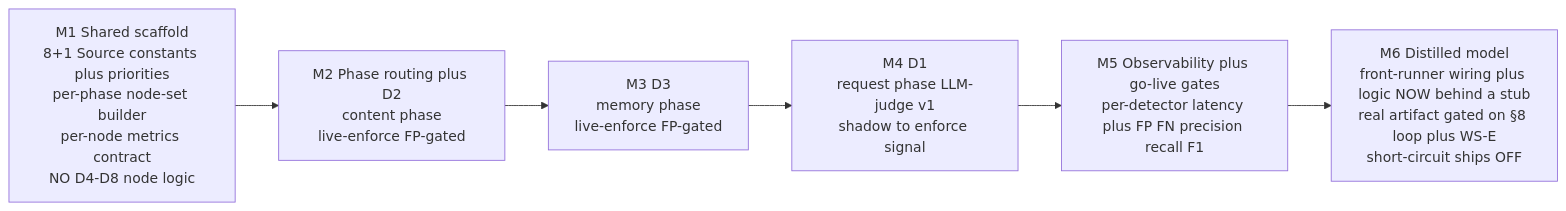
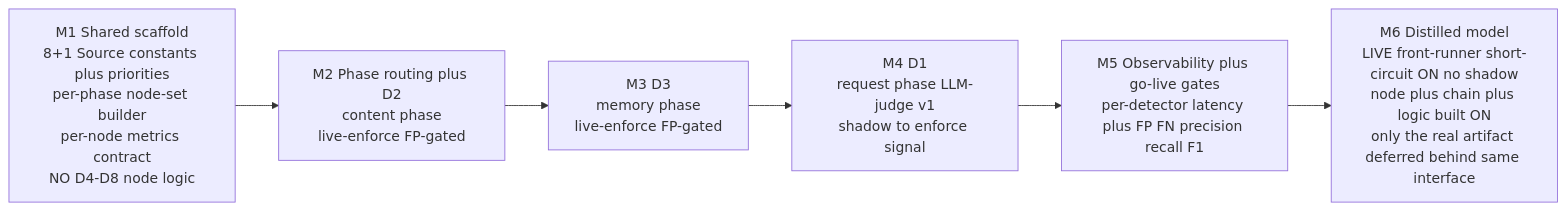
The first of 2 diagrams in tasks/serverless-edition/ws-l-detection-depth.md (shashank31mar/Sentra), drawn with Mermaid before and after one commit. The commit also changed other lines of this file and 2 other files, not shown here.

````diff
--- a/tasks/serverless-edition/ws-l-detection-depth.md
+++ b/tasks/serverless-edition/ws-l-detection-depth.md
@@ -35,10 +37,10 @@
 ```mermaid
 flowchart LR
   M1["M1 Shared scaffold<br/>8+1 Source constants plus priorities<br/>per-phase node-set builder<br/>per-node metrics contract<br/>NO D4-D8 node logic"]
   M2["M2 Phase routing plus D2<br/>content phase<br/>live-enforce FP-gated"]
   M3["M3 D3<br/>memory phase<br/>live-enforce FP-gated"]
   M4["M4 D1<br/>request phase LLM-judge v1<br/>shadow to enforce signal"]
   M5["M5 Observability plus go-live gates<br/>per-detector latency plus FP FN precision recall F1"]
-  M6["M6 Distilled model<br/>front-runner wiring plus logic NOW behind a stub<br/>real artifact gated on §8 loop plus WS-E<br/>short-circuit ships OFF"]
+  M6["M6 Distilled model<br/>LIVE front-runner short-circuit ON no shadow<br/>node plus chain plus logic built ON<br/>only the real artifact deferred behind same interface"]
   M1 --> M2 --> M3 --> M4 --> M5 --> M6
 ```
````
